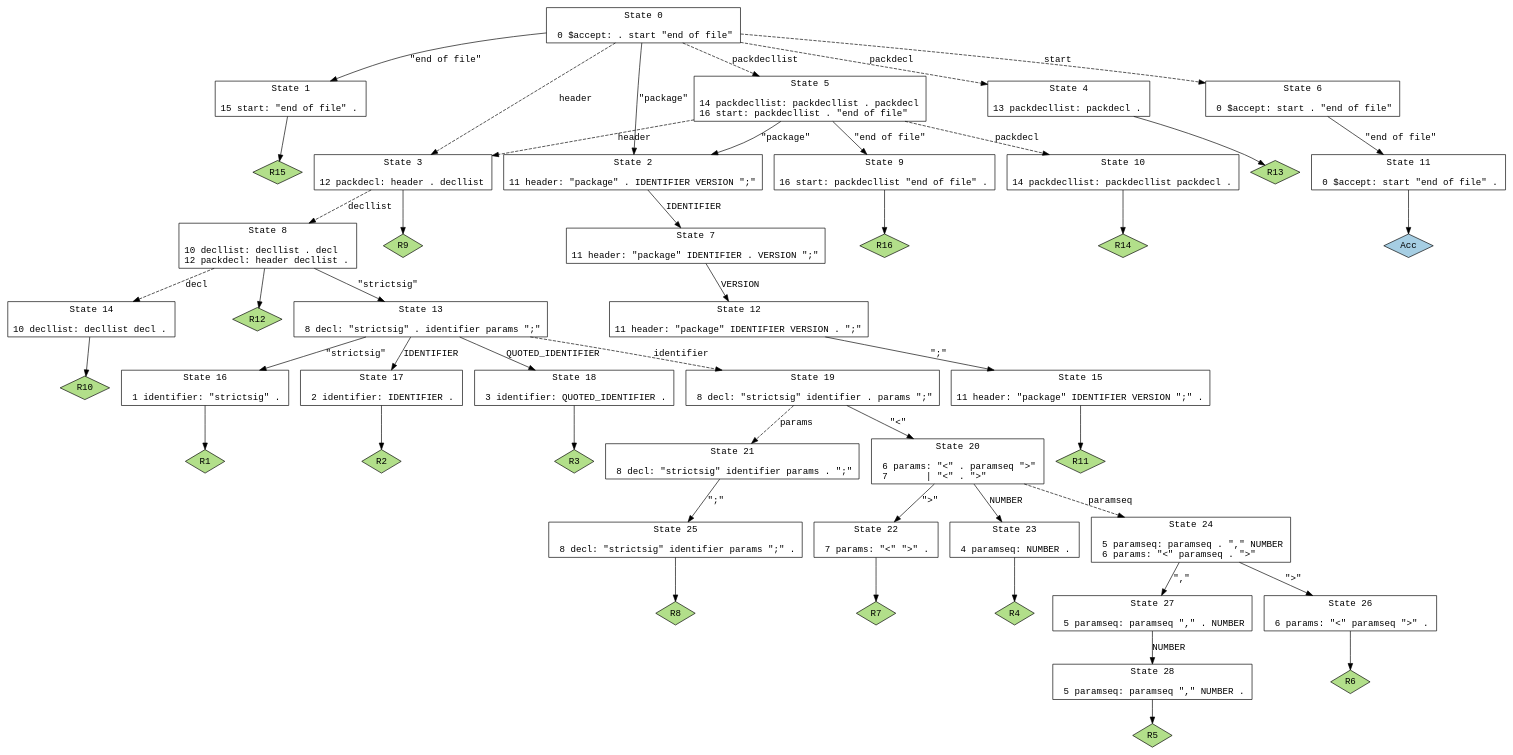
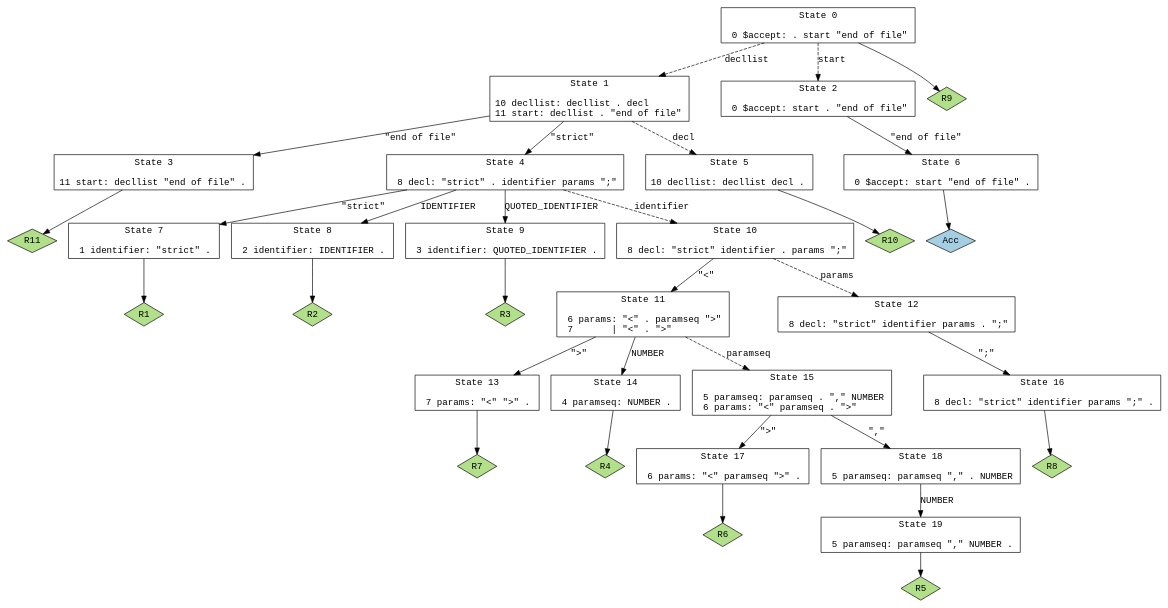
Before and after one commit to aviralg/strictr: the diagram in inst/grammar/Parser.gv, drawn with Graphviz. The commit also changed 20 other files, not shown here.

```diff
--- a/inst/grammar/Parser.gv
+++ b/inst/grammar/Parser.gv
@@ -1,103 +1,73 @@
 // Generated by GNU Bison 3.3.2.
 // Report bugs to <bug-bison@gnu.org>.
 // Home page: <http://www.gnu.org/software/bison/>.
 
 digraph "Parser.yxx"
 {
   node [fontname = courier, shape = box, colorscheme = paired6]
   edge [fontname = courier]
 
   0 [label="State 0\n\l  0 $accept: . start \"end of file\"\l"]
-  0 -> 1 [style=solid label="\"end of file\""]
-  0 -> 2 [style=solid label="\"package\""]
-  0 -> 3 [style=dashed label="header"]
-  0 -> 4 [style=dashed label="packdecl"]
-  0 -> 5 [style=dashed label="packdecllist"]
-  0 -> 6 [style=dashed label="start"]
-  1 [label="State 1\n\l 15 start: \"end of file\" .\l"]
-  1 -> "1R15" [style=solid]
- "1R15" [label="R15", fillcolor=3, shape=diamond, style=filled]
-  2 [label="State 2\n\l 11 header: \"package\" . IDENTIFIER VERSION \";\"\l"]
-  2 -> 7 [style=solid label="IDENTIFIER"]
-  3 [label="State 3\n\l 12 packdecl: header . decllist\l"]
-  3 -> 8 [style=dashed label="decllist"]
-  3 -> "3R9" [style=solid]
- "3R9" [label="R9", fillcolor=3, shape=diamond, style=filled]
-  4 [label="State 4\n\l 13 packdecllist: packdecl .\l"]
-  4 -> "4R13" [style=solid]
- "4R13" [label="R13", fillcolor=3, shape=diamond, style=filled]
-  5 [label="State 5\n\l 14 packdecllist: packdecllist . packdecl\l 16 start: packdecllist . \"end of file\"\l"]
-  5 -> 9 [style=solid label="\"end of file\""]
-  5 -> 2 [style=solid label="\"package\""]
-  5 -> 3 [style=dashed label="header"]
-  5 -> 10 [style=dashed label="packdecl"]
-  6 [label="State 6\n\l  0 $accept: start . \"end of file\"\l"]
-  6 -> 11 [style=solid label="\"end of file\""]
-  7 [label="State 7\n\l 11 header: \"package\" IDENTIFIER . VERSION \";\"\l"]
-  7 -> 12 [style=solid label="VERSION"]
-  8 [label="State 8\n\l 10 decllist: decllist . decl\l 12 packdecl: header decllist .\l"]
-  8 -> 13 [style=solid label="\"strictsig\""]
-  8 -> 14 [style=dashed label="decl"]
-  8 -> "8R12" [style=solid]
- "8R12" [label="R12", fillcolor=3, shape=diamond, style=filled]
-  9 [label="State 9\n\l 16 start: packdecllist \"end of file\" .\l"]
-  9 -> "9R16" [style=solid]
- "9R16" [label="R16", fillcolor=3, shape=diamond, style=filled]
-  10 [label="State 10\n\l 14 packdecllist: packdecllist packdecl .\l"]
-  10 -> "10R14" [style=solid]
- "10R14" [label="R14", fillcolor=3, shape=diamond, style=filled]
-  11 [label="State 11\n\l  0 $accept: start \"end of file\" .\l"]
-  11 -> "11R0" [style=solid]
- "11R0" [label="Acc", fillcolor=1, shape=diamond, style=filled]
-  12 [label="State 12\n\l 11 header: \"package\" IDENTIFIER VERSION . \";\"\l"]
-  12 -> 15 [style=solid label="\";\""]
-  13 [label="State 13\n\l  8 decl: \"strictsig\" . identifier params \";\"\l"]
-  13 -> 16 [style=solid label="\"strictsig\""]
-  13 -> 17 [style=solid label="IDENTIFIER"]
-  13 -> 18 [style=solid label="QUOTED_IDENTIFIER"]
-  13 -> 19 [style=dashed label="identifier"]
-  14 [label="State 14\n\l 10 decllist: decllist decl .\l"]
-  14 -> "14R10" [style=solid]
- "14R10" [label="R10", fillcolor=3, shape=diamond, style=filled]
-  15 [label="State 15\n\l 11 header: \"package\" IDENTIFIER VERSION \";\" .\l"]
-  15 -> "15R11" [style=solid]
- "15R11" [label="R11", fillcolor=3, shape=diamond, style=filled]
-  16 [label="State 16\n\l  1 identifier: \"strictsig\" .\l"]
-  16 -> "16R1" [style=solid]
- "16R1" [label="R1", fillcolor=3, shape=diamond, style=filled]
-  17 [label="State 17\n\l  2 identifier: IDENTIFIER .\l"]
-  17 -> "17R2" [style=solid]
- "17R2" [label="R2", fillcolor=3, shape=diamond, style=filled]
-  18 [label="State 18\n\l  3 identifier: QUOTED_IDENTIFIER .\l"]
-  18 -> "18R3" [style=solid]
- "18R3" [label="R3", fillcolor=3, shape=diamond, style=filled]
-  19 [label="State 19\n\l  8 decl: \"strictsig\" identifier . params \";\"\l"]
-  19 -> 20 [style=solid label="\"<\""]
-  19 -> 21 [style=dashed label="params"]
-  20 [label="State 20\n\l  6 params: \"<\" . paramseq \">\"\l  7       | \"<\" . \">\"\l"]
-  20 -> 22 [style=solid label="\">\""]
-  20 -> 23 [style=solid label="NUMBER"]
-  20 -> 24 [style=dashed label="paramseq"]
-  21 [label="State 21\n\l  8 decl: \"strictsig\" identifier params . \";\"\l"]
-  21 -> 25 [style=solid label="\";\""]
-  22 [label="State 22\n\l  7 params: \"<\" \">\" .\l"]
-  22 -> "22R7" [style=solid]
- "22R7" [label="R7", fillcolor=3, shape=diamond, style=filled]
-  23 [label="State 23\n\l  4 paramseq: NUMBER .\l"]
-  23 -> "23R4" [style=solid]
- "23R4" [label="R4", fillcolor=3, shape=diamond, style=filled]
-  24 [label="State 24\n\l  5 paramseq: paramseq . \",\" NUMBER\l  6 params: \"<\" paramseq . \">\"\l"]
-  24 -> 26 [style=solid label="\">\""]
-  24 -> 27 [style=solid label="\",\""]
-  25 [label="State 25\n\l  8 decl: \"strictsig\" identifier params \";\" .\l"]
-  25 -> "25R8" [style=solid]
- "25R8" [label="R8", fillcolor=3, shape=diamond, style=filled]
-  26 [label="State 26\n\l  6 params: \"<\" paramseq \">\" .\l"]
-  26 -> "26R6" [style=solid]
- "26R6" [label="R6", fillcolor=3, shape=diamond, style=filled]
-  27 [label="State 27\n\l  5 paramseq: paramseq \",\" . NUMBER\l"]
-  27 -> 28 [style=solid label="NUMBER"]
-  28 [label="State 28\n\l  5 paramseq: paramseq \",\" NUMBER .\l"]
-  28 -> "28R5" [style=solid]
- "28R5" [label="R5", fillcolor=3, shape=diamond, style=filled]
+  0 -> 1 [style=dashed label="decllist"]
+  0 -> 2 [style=dashed label="start"]
+  0 -> "0R9" [style=solid]
+ "0R9" [label="R9", fillcolor=3, shape=diamond, style=filled]
+  1 [label="State 1\n\l 10 decllist: decllist . decl\l 11 start: decllist . \"end of file\"\l"]
+  1 -> 3 [style=solid label="\"end of file\""]
+  1 -> 4 [style=solid label="\"strict\""]
+  1 -> 5 [style=dashed label="decl"]
+  2 [label="State 2\n\l  0 $accept: start . \"end of file\"\l"]
+  2 -> 6 [style=solid label="\"end of file\""]
+  3 [label="State 3\n\l 11 start: decllist \"end of file\" .\l"]
+  3 -> "3R11" [style=solid]
+ "3R11" [label="R11", fillcolor=3, shape=diamond, style=filled]
+  4 [label="State 4\n\l  8 decl: \"strict\" . identifier params \";\"\l"]
+  4 -> 7 [style=solid label="\"strict\""]
+  4 -> 8 [style=solid label="IDENTIFIER"]
+  4 -> 9 [style=solid label="QUOTED_IDENTIFIER"]
+  4 -> 10 [style=dashed label="identifier"]
+  5 [label="State 5\n\l 10 decllist: decllist decl .\l"]
+  5 -> "5R10" [style=solid]
+ "5R10" [label="R10", fillcolor=3, shape=diamond, style=filled]
+  6 [label="State 6\n\l  0 $accept: start \"end of file\" .\l"]
+  6 -> "6R0" [style=solid]
+ "6R0" [label="Acc", fillcolor=1, shape=diamond, style=filled]
+  7 [label="State 7\n\l  1 identifier: \"strict\" .\l"]
+  7 -> "7R1" [style=solid]
+ "7R1" [label="R1", fillcolor=3, shape=diamond, style=filled]
+  8 [label="State 8\n\l  2 identifier: IDENTIFIER .\l"]
+  8 -> "8R2" [style=solid]
+ "8R2" [label="R2", fillcolor=3, shape=diamond, style=filled]
+  9 [label="State 9\n\l  3 identifier: QUOTED_IDENTIFIER .\l"]
+  9 -> "9R3" [style=solid]
+ "9R3" [label="R3", fillcolor=3, shape=diamond, style=filled]
+  10 [label="State 10\n\l  8 decl: \"strict\" identifier . params \";\"\l"]
+  10 -> 11 [style=solid label="\"<\""]
+  10 -> 12 [style=dashed label="params"]
+  11 [label="State 11\n\l  6 params: \"<\" . paramseq \">\"\l  7       | \"<\" . \">\"\l"]
+  11 -> 13 [style=solid label="\">\""]
+  11 -> 14 [style=solid label="NUMBER"]
+  11 -> 15 [style=dashed label="paramseq"]
+  12 [label="State 12\n\l  8 decl: \"strict\" identifier params . \";\"\l"]
+  12 -> 16 [style=solid label="\";\""]
+  13 [label="State 13\n\l  7 params: \"<\" \">\" .\l"]
+  13 -> "13R7" [style=solid]
+ "13R7" [label="R7", fillcolor=3, shape=diamond, style=filled]
+  14 [label="State 14\n\l  4 paramseq: NUMBER .\l"]
+  14 -> "14R4" [style=solid]
+ "14R4" [label="R4", fillcolor=3, shape=diamond, style=filled]
+  15 [label="State 15\n\l  5 paramseq: paramseq . \",\" NUMBER\l  6 params: \"<\" paramseq . \">\"\l"]
+  15 -> 17 [style=solid label="\">\""]
+  15 -> 18 [style=solid label="\",\""]
+  16 [label="State 16\n\l  8 decl: \"strict\" identifier params \";\" .\l"]
+  16 -> "16R8" [style=solid]
+ "16R8" [label="R8", fillcolor=3, shape=diamond, style=filled]
+  17 [label="State 17\n\l  6 params: \"<\" paramseq \">\" .\l"]
+  17 -> "17R6" [style=solid]
+ "17R6" [label="R6", fillcolor=3, shape=diamond, style=filled]
+  18 [label="State 18\n\l  5 paramseq: paramseq \",\" . NUMBER\l"]
+  18 -> 19 [style=solid label="NUMBER"]
+  19 [label="State 19\n\l  5 paramseq: paramseq \",\" NUMBER .\l"]
+  19 -> "19R5" [style=solid]
+ "19R5" [label="R5", fillcolor=3, shape=diamond, style=filled]
 }
```
